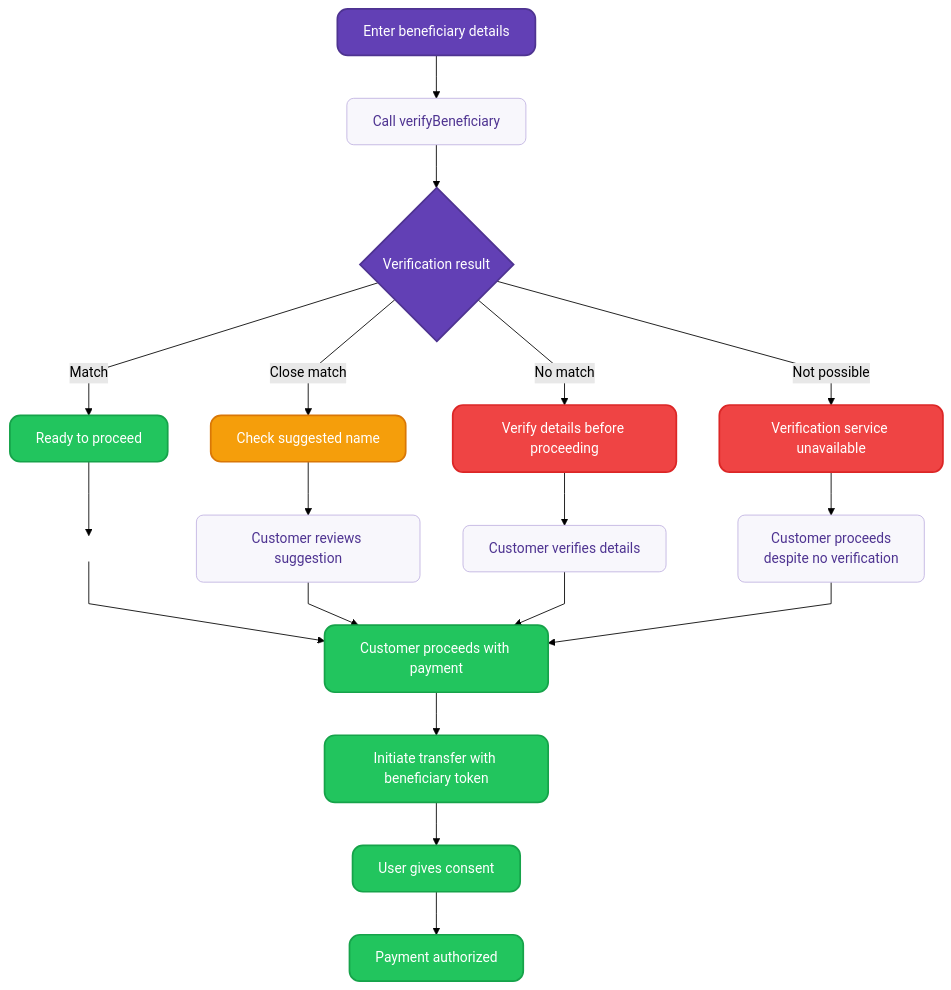
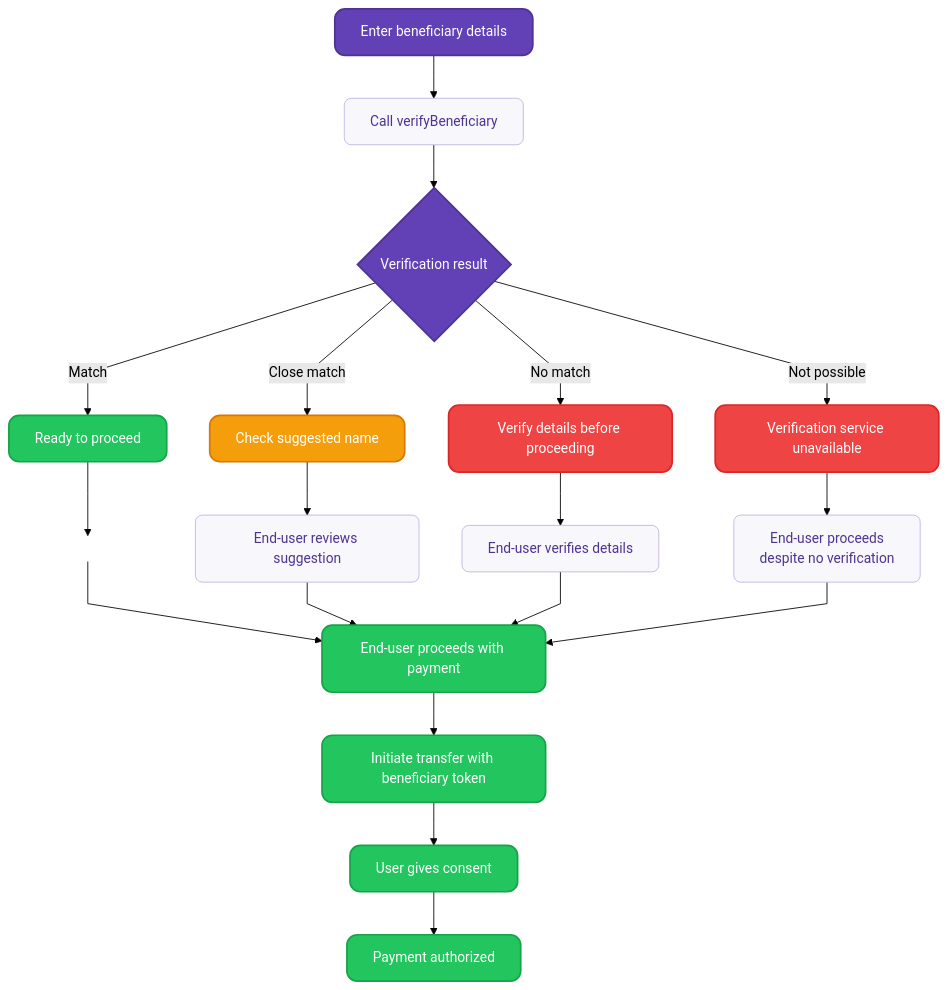
Before and after one commit to swan-io/docs: the third of 3 diagrams in docs/topics/payments/credit-transfers/sepa/verification-of-payee.mdx, drawn with Mermaid (forest theme). The commit also changed other lines of this file, not shown here.

````diff
--- a/docs/topics/payments/credit-transfers/sepa/verification-of-payee.mdx
+++ b/docs/topics/payments/credit-transfers/sepa/verification-of-payee.mdx
@@ -293,49 +289,49 @@
 ```mermaid
 %%{ init: { 'flowchart': { 'curve': 'linear' } } }%%
 flowchart TD
     A["Enter beneficiary details"] --> B[Call verifyBeneficiary]
     B --> C{Verification result}
     
     D["Ready to proceed"]
     E["Check suggested name"]  
     F["Verify details before proceeding"]
     G["Verification service unavailable"]
     
     C -->|"Match"| D
     C -->|"Close match"| E
     C -->|"No match"| F
     C -->|"Not possible"| G
     
     D --> H[" "]
-    E --> I["Customer reviews suggestion"]
-    F --> J["Customer verifies details"]
-    G --> K["Customer proceeds<br>despite no verification"]
+    E --> I["End-user reviews suggestion"]
+    F --> J["End-user verifies details"]
+    G --> K["End-user proceeds<br>despite no verification"]
     
-    H --> L["Customer proceeds with payment"]
+    H --> L["End-user proceeds with payment"]
     I --> L
     J --> L
     K --> L
     
     L --> M["Initiate transfer with beneficiary token"]
     M --> N["User gives consent"]
     N --> O["Payment authorized"]
     
     classDef default fill:#ffffff,stroke:#6240b5,stroke-width:1px,color:#271a48,rx:12,ry:12
     classDef input fill:#6240b5,stroke:#4e3391,stroke-width:2px,color:#ffffff,rx:12,ry:12
     classDef decision fill:#6240b5,stroke:#4e3391,stroke-width:2px,color:#ffffff,rx:20,ry:20
     classDef success fill:#22c55e,stroke:#16a34a,stroke-width:2px,color:#ffffff,rx:12,ry:12
     classDef warning fill:#f59e0b,stroke:#d97706,stroke-width:2px,color:#ffffff,rx:12,ry:12
     classDef error fill:#ef4444,stroke:#dc2626,stroke-width:2px,color:#ffffff,rx:12,ry:12
     classDef process fill:#f8f7fc,stroke:#c0b3e1,stroke-width:1px,color:#4e3391,rx:8,ry:8
     classDef final fill:#22c55e,stroke:#16a34a,stroke-width:2px,color:#ffffff,rx:12,ry:12
     classDef invisible fill:transparent,stroke:transparent,stroke-width:0px,color:transparent
     
     class A input
     class C decision
     class D success
     class E warning
     class F,G error
     class B,I,J,K process
     class L,M,N,O final
     class H invisible
 ```
````
